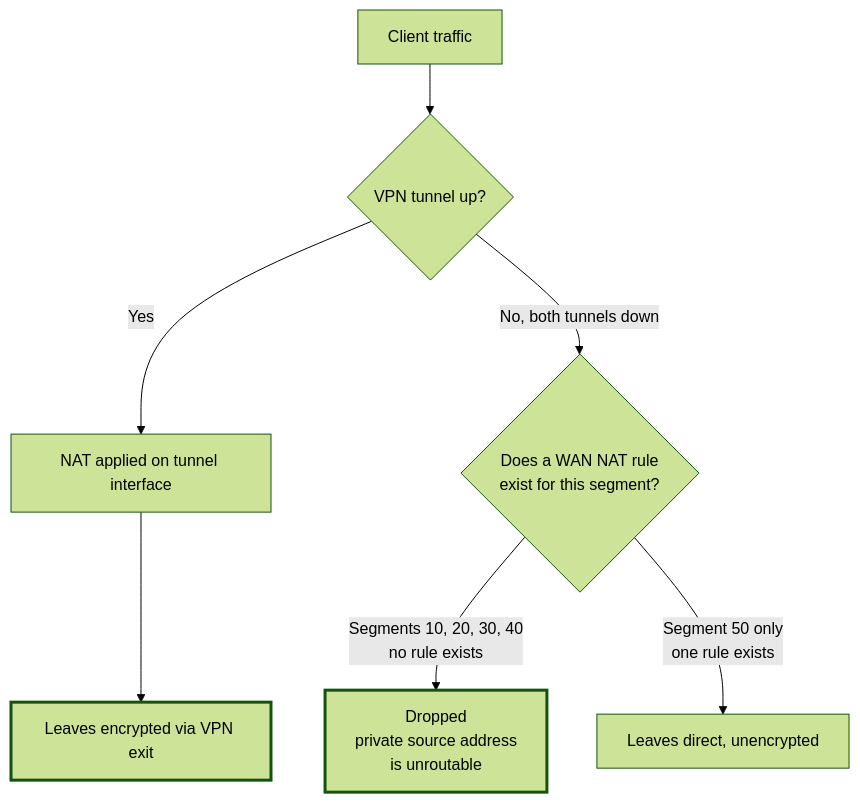
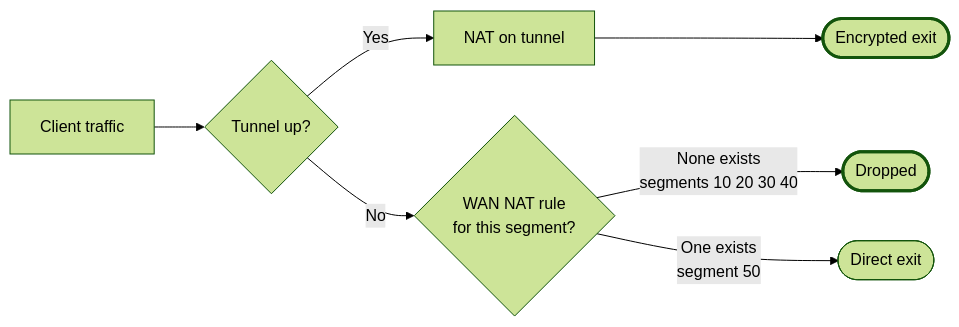
Before and after one commit to Aj-Networks/Homelab_Router-on-a-Stick: the diagram in README.md, drawn with Mermaid (forest theme). The commit also changed other lines of this file and 1 other file, not shown here.

Commit message:
style: compact mermaid diagrams to fit without panning

````diff
--- a/README.md
+++ b/README.md
@@ -104,12 +104,12 @@
 ```mermaid
-flowchart TD
-    A[Client traffic] --> B{VPN tunnel up?}
-    B -->|Yes| C[NAT applied on tunnel interface]
-    C --> D[Leaves encrypted via VPN exit]
-    B -->|No, both tunnels down| E{Does a WAN NAT rule<br/>exist for this segment?}
-    E -->|Segments 10, 20, 30, 40<br/>no rule exists| F[Dropped<br/>private source address<br/>is unroutable]
-    E -->|Segment 50 only<br/>one rule exists| G[Leaves direct, unencrypted]
+flowchart LR
+    A[Client traffic] --> B{Tunnel up?}
+    B -->|Yes| C[NAT on tunnel]
+    C --> D([Encrypted exit])
+    B -->|No| E{WAN NAT rule<br/>for this segment?}
+    E -->|None exists<br/>segments 10 20 30 40| F([Dropped])
+    E -->|One exists<br/>segment 50| G([Direct exit])
 
+    style D stroke-width:3px
     style F stroke-width:3px
-    style D stroke-width:3px
 ```
````
